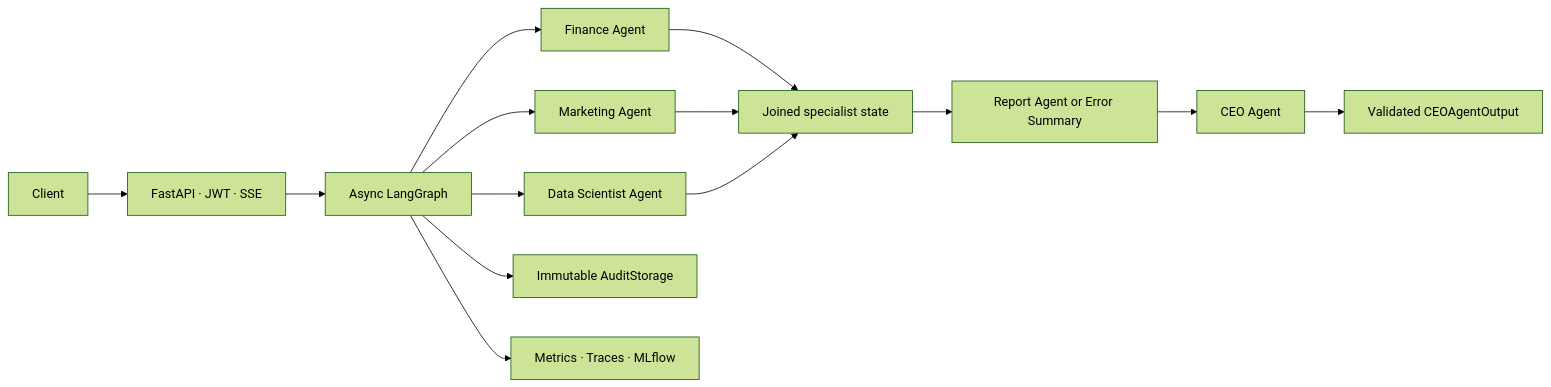
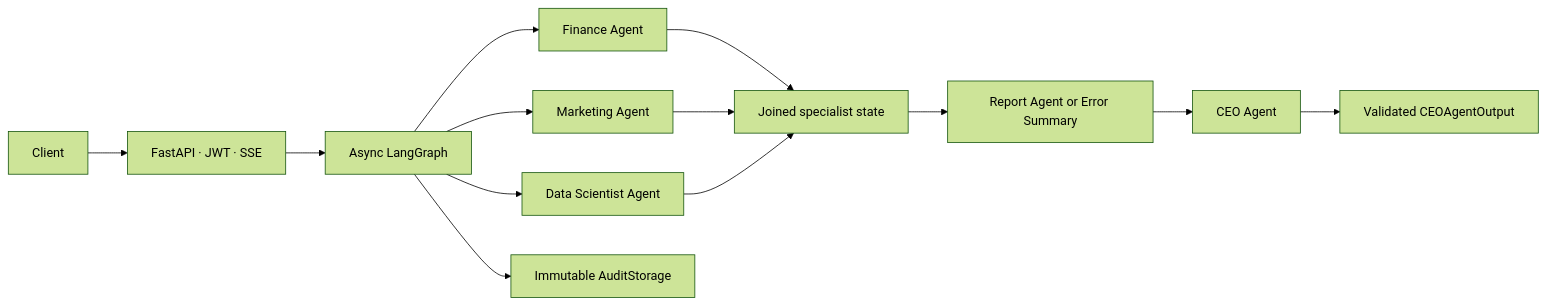
Before and after one commit to rajpatil1390/autonomous-ai-company: the diagram in README.md, drawn with Mermaid (forest theme). The commit also changed other lines of this file, not shown here.

````diff
--- a/README.md
+++ b/README.md
@@ -45,16 +95,15 @@
 ```mermaid
 flowchart LR
     Client["Client"] --> API["FastAPI · JWT · SSE"]
     API --> Graph["Async LangGraph"]
     Graph --> Finance["Finance Agent"]
     Graph --> Marketing["Marketing Agent"]
     Graph --> DS["Data Scientist Agent"]
     Finance --> Join["Joined specialist state"]
     Marketing --> Join
     DS --> Join
     Join --> Report["Report Agent or Error Summary"]
     Report --> CEO["CEO Agent"]
     CEO --> Response["Validated CEOAgentOutput"]
     Graph --> Audit["Immutable AuditStorage"]
-    Graph --> Observe["Metrics · Traces · MLflow"]
 ```
````
